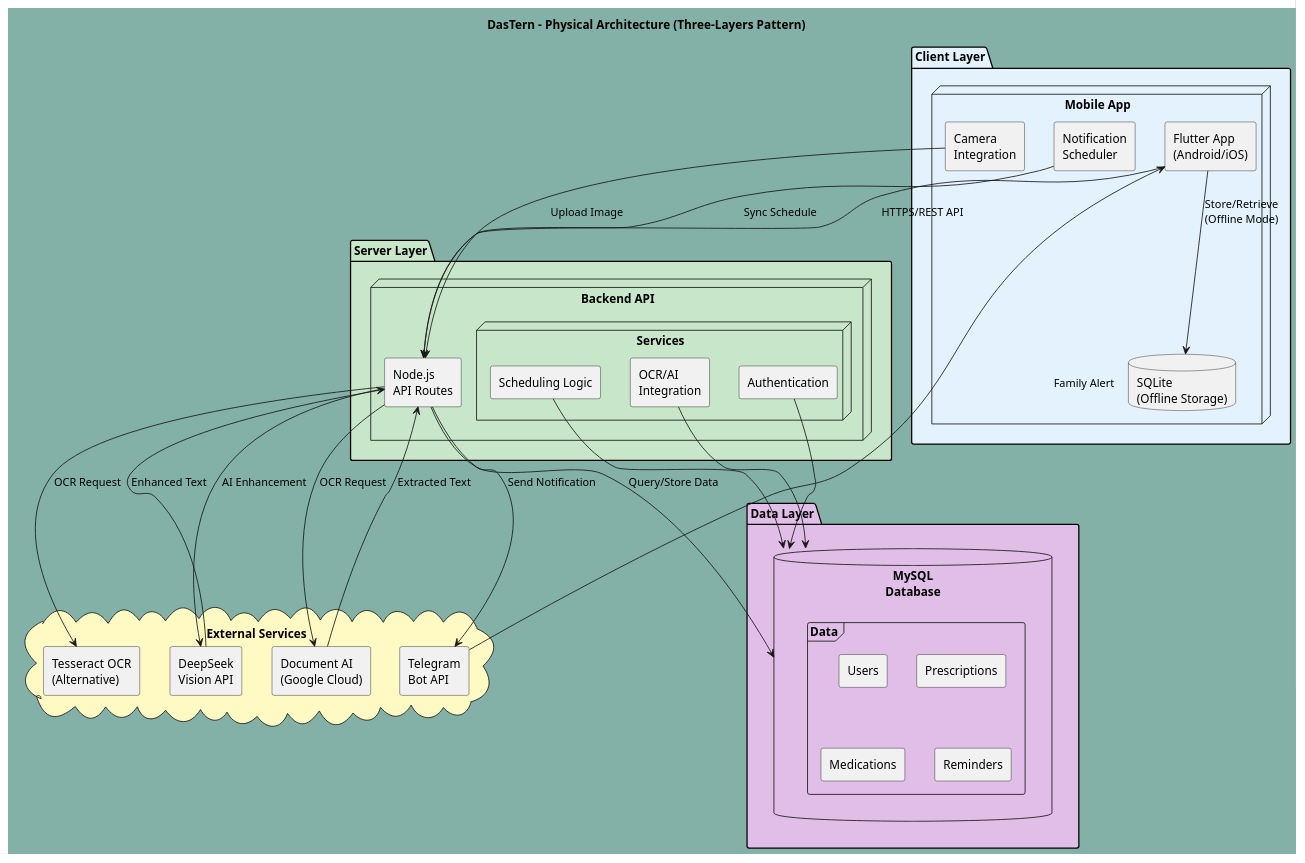
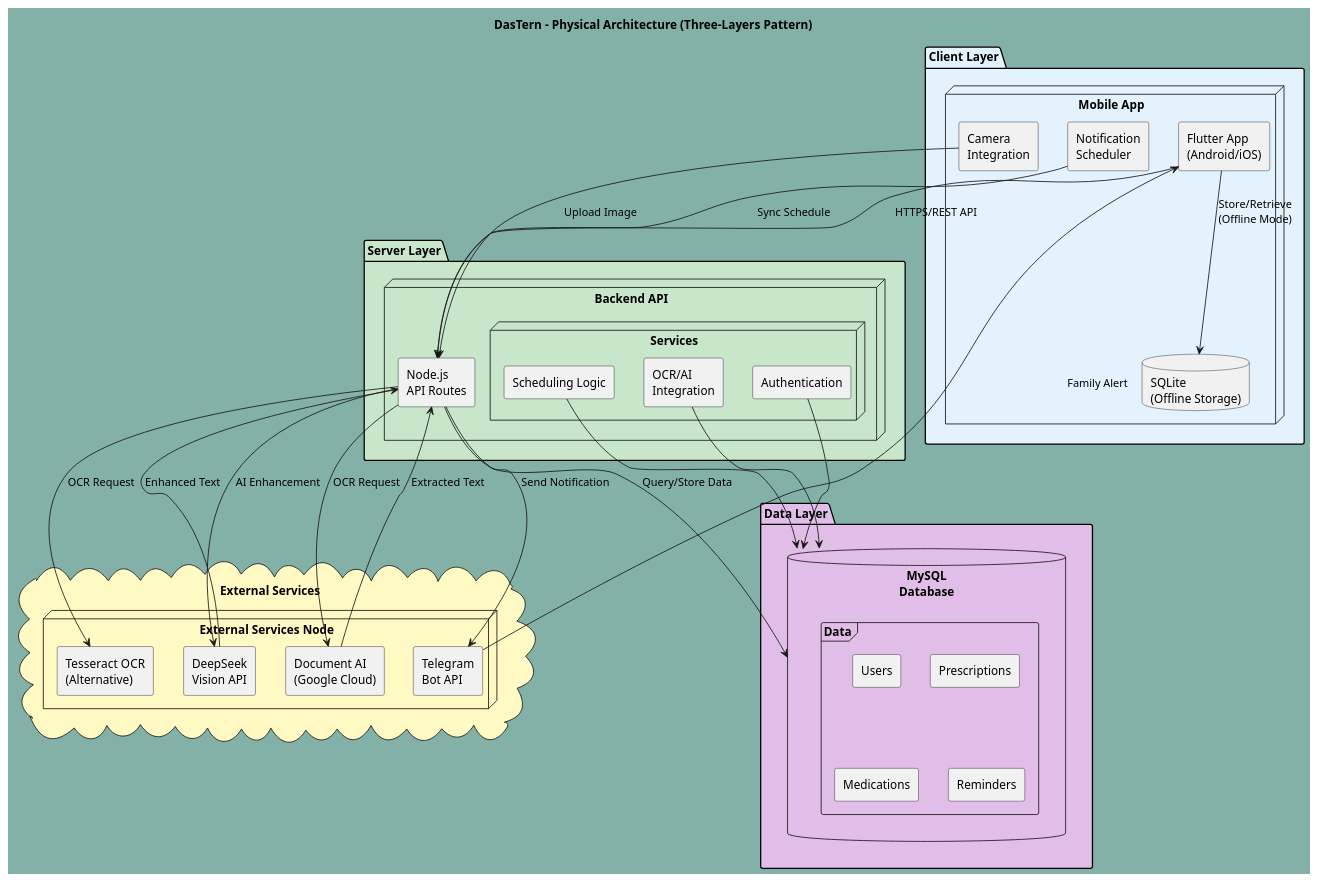
Before and after one commit to Choeng-Rayu/DasTern-Project: the diagram in capstone1/UMLDiagram/physical_architecture.puml, drawn with PlantUML. The commit also changed 5 other files, not shown here.

Commit message:
push done with uml

```diff
--- a/capstone1/UMLDiagram/physical_architecture.puml
+++ b/capstone1/UMLDiagram/physical_architecture.puml
@@ -1,73 +1,75 @@
 @startuml PhysicalArchitecture
 skinparam backgroundColor #83b1a7ff
 skinparam componentStyle rectangle
 skinparam nodeStyle rectangle
 
 title DasTern - Physical Architecture (Three-Layers Pattern)
 
 package "Client Layer" #E3F2FD {
     node "Mobile App" {
         component [Flutter App\n(Android/iOS)] as flutter
         database "SQLite\n(Offline Storage)" as sqlite
         component [Camera\nIntegration] as camera
         component [Notification\nScheduler] as scheduler
     }
 }
 
 package "Server Layer" #C8E6C9 {
     node "Backend API" {
         ' component [Node.js\nRuntime] as nodejs
         component [Node.js\nAPI Routes] as nextjs
         node "Services" {
             component [Authentication] as auth
             component [Scheduling Logic] as schedlogic
             component [OCR/AI\nIntegration] as ocrai
         }
     }
 }
 
 package "Data Layer" #E1BEE7 {
     database "MySQL\nDatabase" as mysql {
         frame "Data" {
             [Users]
             [Prescriptions]
             [Medications]
             [Reminders]
             ' [Appointments]
         }
     }
 }
 
 cloud "External Services" #FFF9C4 {
-    component [Document AI\n(Google Cloud)] as docai
-    component [Tesseract OCR\n(Alternative)] as tesseract
-    component [DeepSeek\nVision API] as deepseek
-    component [Telegram\nBot API] as telegram
+    node "External Services Node" {
+        component [Document AI\n(Google Cloud)] as docai
+        component [Tesseract OCR\n(Alternative)] as tesseract
+        component [DeepSeek\nVision API] as deepseek
+        component [Telegram\nBot API] as telegram
+    }
 }
 
 ' Connections - Client to Server
 flutter -down-> nextjs : HTTPS/REST API
 camera -down-> nextjs : Upload Image
 scheduler -down-> nextjs : Sync Schedule
 
 ' Server to Data
 nextjs -down-> mysql : Query/Store Data
 auth -down-> mysql
 schedlogic -down-> mysql
 ocrai -down-> mysql
 
 ' Server to External Services
 nextjs -right-> docai : OCR Request
 nextjs -right-> tesseract : OCR Request
 nextjs -right-> deepseek : AI Enhancement
 nextjs -right-> telegram : Send Notification
 
 ' External to Client
 telegram -up-> flutter : Family Alert
 deepseek -up-> nextjs : Enhanced Text
 docai -up-> nextjs : Extracted Text
 
 ' Local storage
 flutter -down-> sqlite : Store/Retrieve\n(Offline Mode)
 
 @enduml
```
